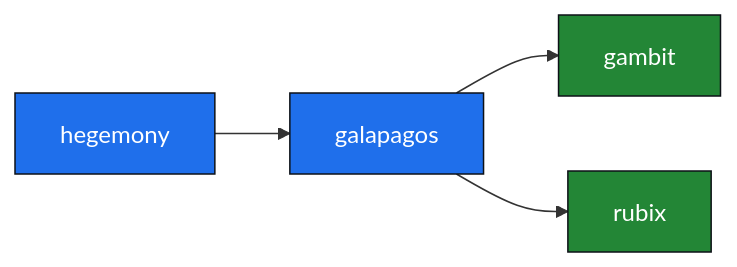
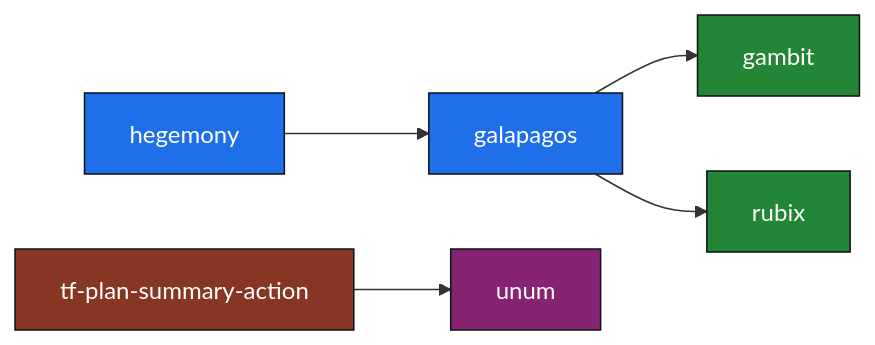
One commit to danielriddell21/danielriddell21 changed the diagram in README.md. Above: the diagram before and after it, drawn with Mermaid.

````diff
--- a/README.md
+++ b/README.md
@@ -20,11 +20,16 @@
 ```mermaid
 flowchart LR
     hegemony --> galapagos
     galapagos --> gambit
     galapagos --> rubix
+    tf-plan-summary-action --> unum
 
     classDef game fill:#1f6feb,stroke:#0d1117,color:#fff;
+    classDef tool fill:#862373,stroke:#0d1117,color:#fff;
     classDef lib fill:#238636,stroke:#0d1117,color:#fff;
+    classDef action fill:#863623,stroke:#0d1117,color:#fff;
     class hegemony,galapagos game;
+    class unum tool;
     class gambit,rubix lib;
+    class tf-plan-summary-action action;
 ```
````
